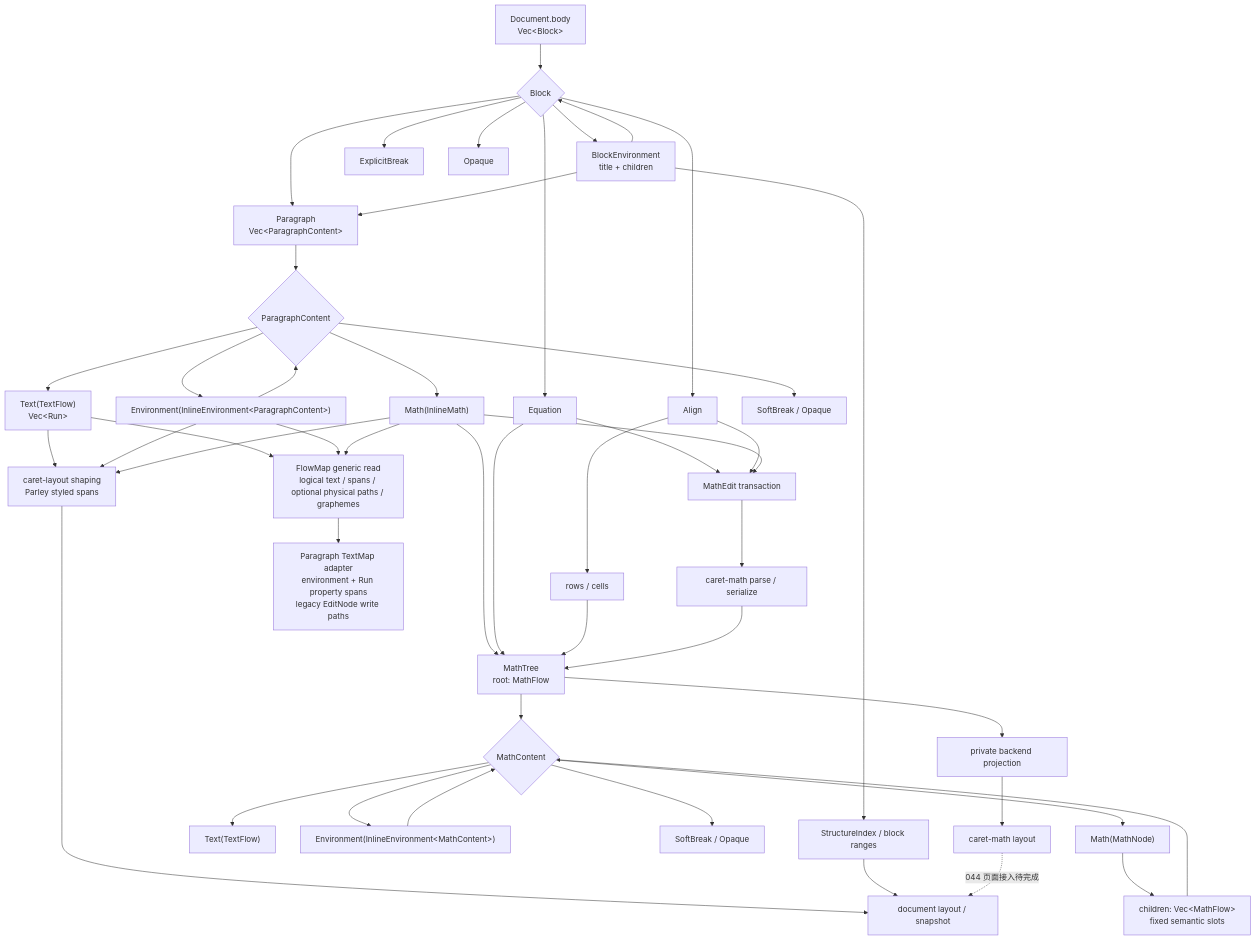
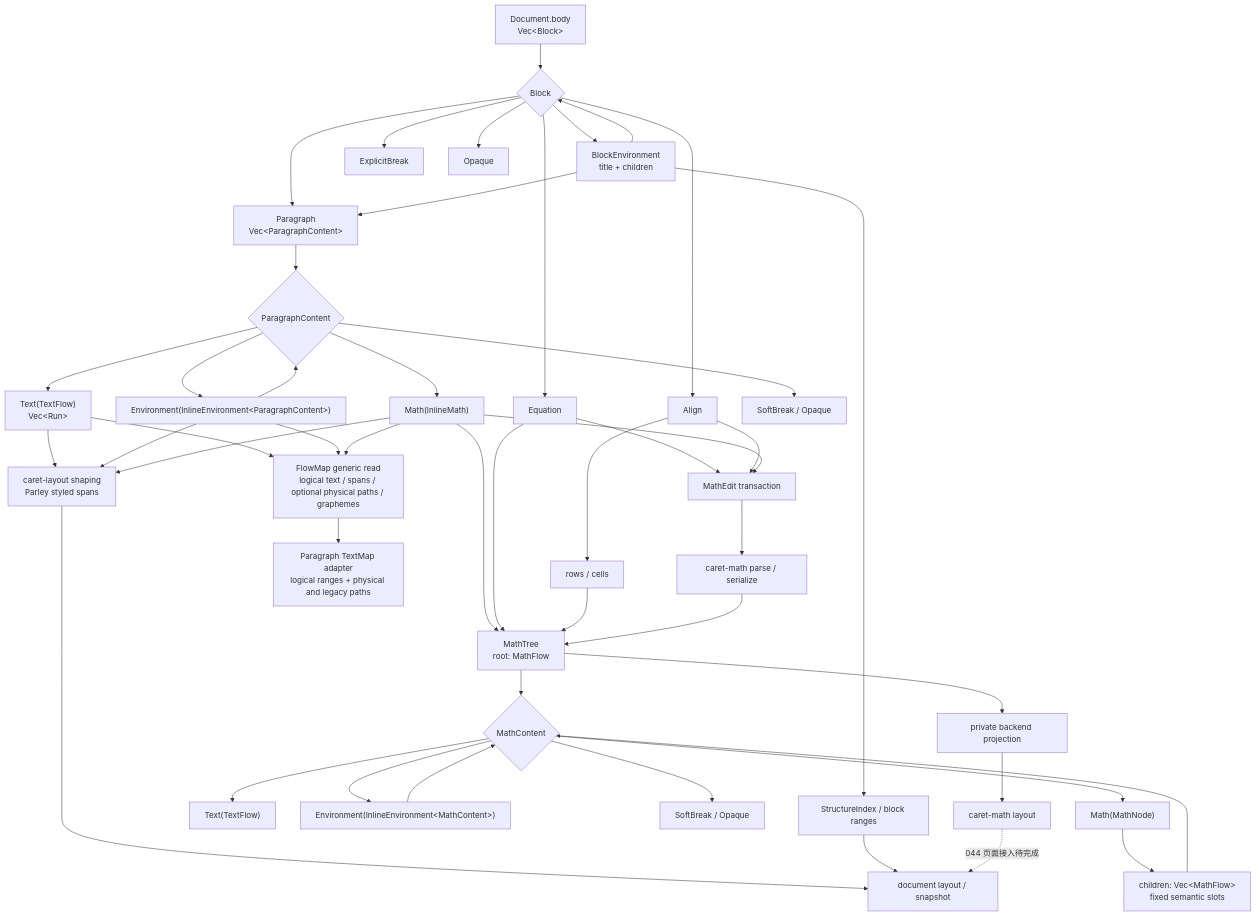
Before and after one commit to VibeSTEM/caret: the diagram in ai-docs/architecture/editor/document-model/content-code-path.md, drawn with Mermaid. The commit also changed other lines of this file and 22 other files, not shown here.

````diff
--- a/ai-docs/architecture/editor/document-model/content-code-path.md
+++ b/ai-docs/architecture/editor/document-model/content-code-path.md
@@ -7,51 +7,51 @@
 ```mermaid
 flowchart TB
     DOC["Document.body<br/>Vec&lt;Block&gt;"] --> BLOCK{"Block"}
     BLOCK --> PARA["Paragraph<br/>Vec&lt;ParagraphContent&gt;"]
     BLOCK --> BEN["BlockEnvironment<br/>title + children"]
     BLOCK --> EQ["Equation"]
     BLOCK --> ALIGN["Align"]
     BLOCK --> BREAK["ExplicitBreak"]
     BLOCK --> OPAQUE["Opaque"]
     BEN --> PARA
     BEN --> BLOCK
 
     PARA --> PC{"ParagraphContent"}
     PC --> TF["Text(TextFlow)<br/>Vec&lt;Run&gt;"]
     PC --> IM["Math(InlineMath)"]
     PC --> IE["Environment(InlineEnvironment&lt;ParagraphContent&gt;)"]
     PC --> SB["SoftBreak / Opaque"]
     IE --> PC
 
     IM --> MT["MathTree<br/>root: MathFlow"]
     EQ --> MT
     ALIGN --> AL["rows / cells"]
     AL --> MT
     MT --> MC{"MathContent"}
     MC --> MN["Math(MathNode)"]
     MC --> MTF["Text(TextFlow)"]
     MC --> MIE["Environment(InlineEnvironment&lt;MathContent&gt;)"]
     MC --> MSB["SoftBreak / Opaque"]
     MN --> SLOTS["children: Vec&lt;MathFlow&gt;<br/>fixed semantic slots"]
     SLOTS --> MC
     MIE --> MC
 
     TF --> FLOWMAP["FlowMap generic read<br/>logical text / spans / optional physical paths / graphemes"]
     IE --> FLOWMAP
     IM --> FLOWMAP
-    FLOWMAP --> TEXTMAP["Paragraph TextMap adapter<br/>environment + Run property spans<br/>legacy EditNode write paths"]
+    FLOWMAP --> TEXTMAP["Paragraph TextMap adapter<br/>logical ranges + physical and legacy paths"]
     TF --> SHAPING["caret-layout shaping<br/>Parley styled spans"]
     IE --> SHAPING
     IM --> SHAPING
     SHAPING --> PAGE["document layout / snapshot"]
     BEN --> STRUCT["StructureIndex / block ranges"]
     STRUCT --> PAGE
     EQ --> MATHEDIT["MathEdit transaction"]
     ALIGN --> MATHEDIT
     IM --> MATHEDIT
     MATHEDIT --> PARSER["caret-math parse / serialize"]
     PARSER --> MT
     MT --> BACKEND["private backend projection"]
     BACKEND --> ML["caret-math layout"]
     ML -. "044 页面接入待完成" .-> PAGE
 ```
````
